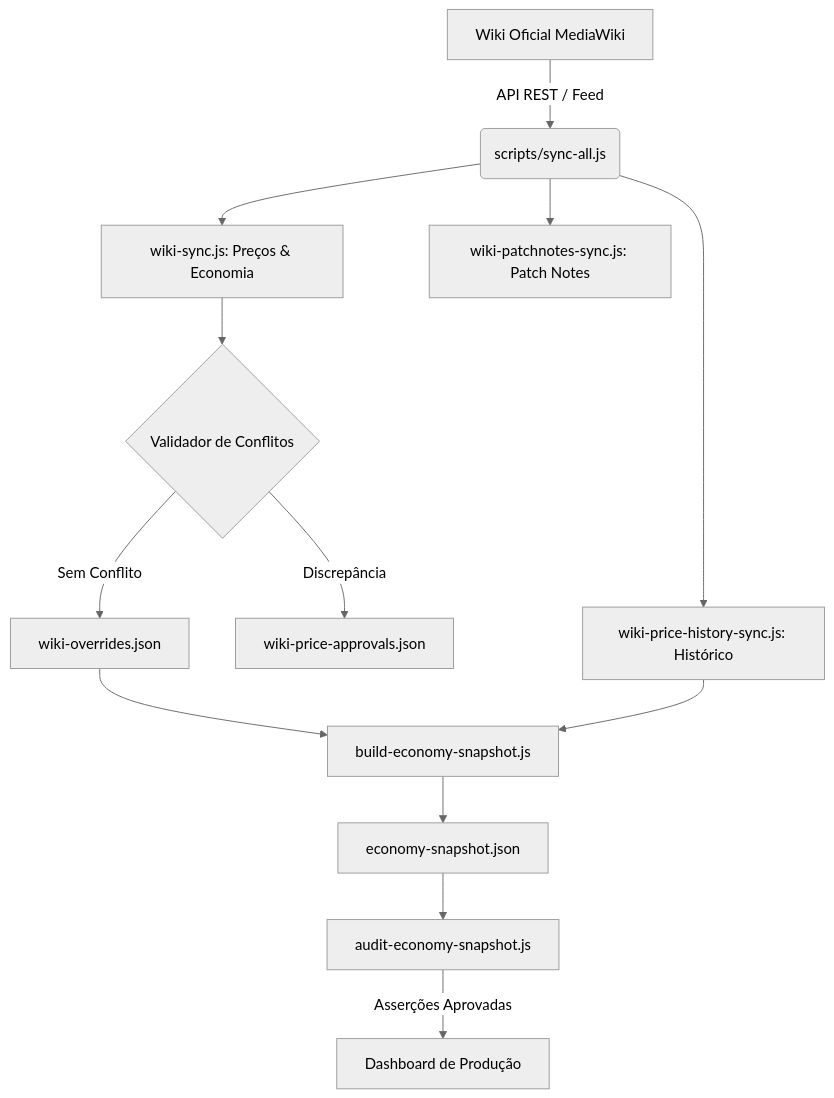
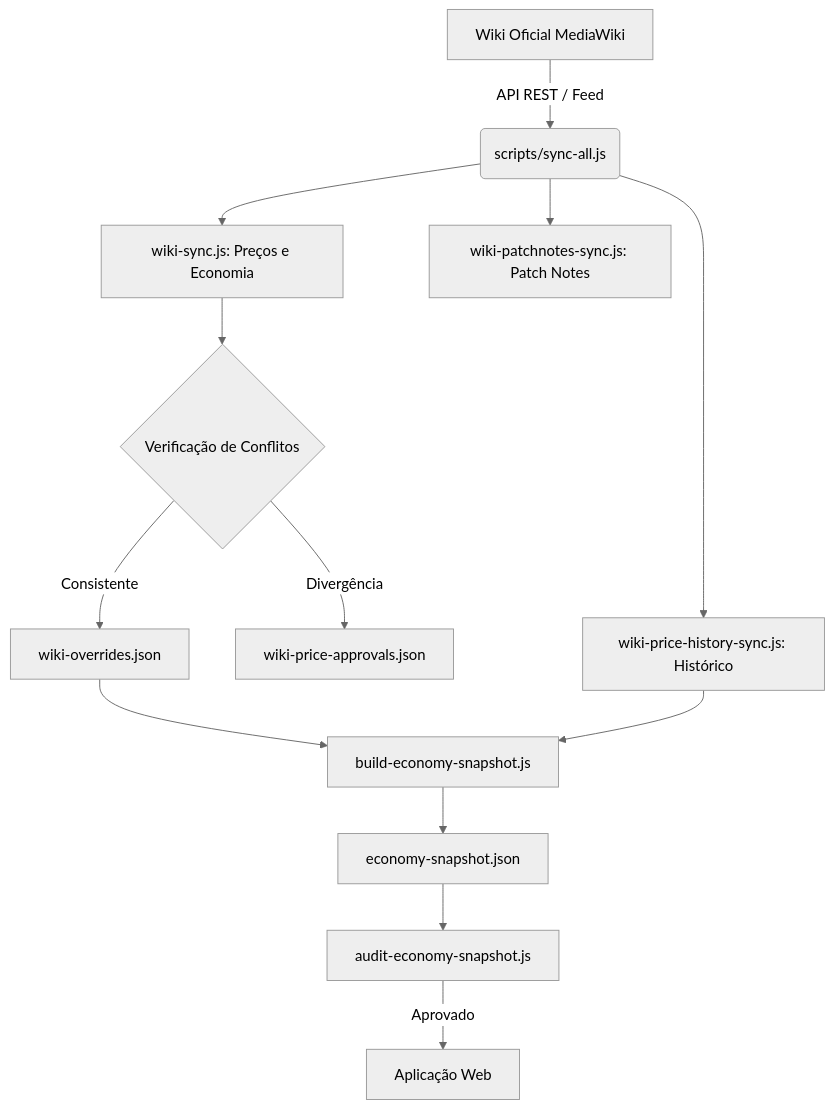
Before and after one commit to marlonhms/ROData: the diagram in README.md, drawn with Mermaid (neutral theme). The commit also changed other lines of this file, not shown here.

````diff
--- a/README.md
+++ b/README.md
@@ -194,19 +178,19 @@
 ```mermaid
 flowchart TD
     A[Wiki Oficial MediaWiki] -->|API REST / Feed| B(scripts/sync-all.js)
-    B --> C[wiki-sync.js: Preços & Economia]
+    B --> C[wiki-sync.js: Preços e Economia]
     B --> D[wiki-patchnotes-sync.js: Patch Notes]
     B --> E[wiki-price-history-sync.js: Histórico]
     
-    C --> F{Validador de Conflitos}
-    F -->|Sem Conflito| G[wiki-overrides.json]
-    F -->|Discrepância| H[wiki-price-approvals.json]
+    C --> F{Verificação de Conflitos}
+    F -->|Consistente| G[wiki-overrides.json]
+    F -->|Divergência| H[wiki-price-approvals.json]
     
     G --> I[build-economy-snapshot.js]
     E --> I
     
     I --> J[economy-snapshot.json]
     
     J --> K[audit-economy-snapshot.js]
-    K -->|Asserções Aprovadas| L[Dashboard de Produção]
+    K -->|Aprovado| L[Aplicação Web]
 ```
````
